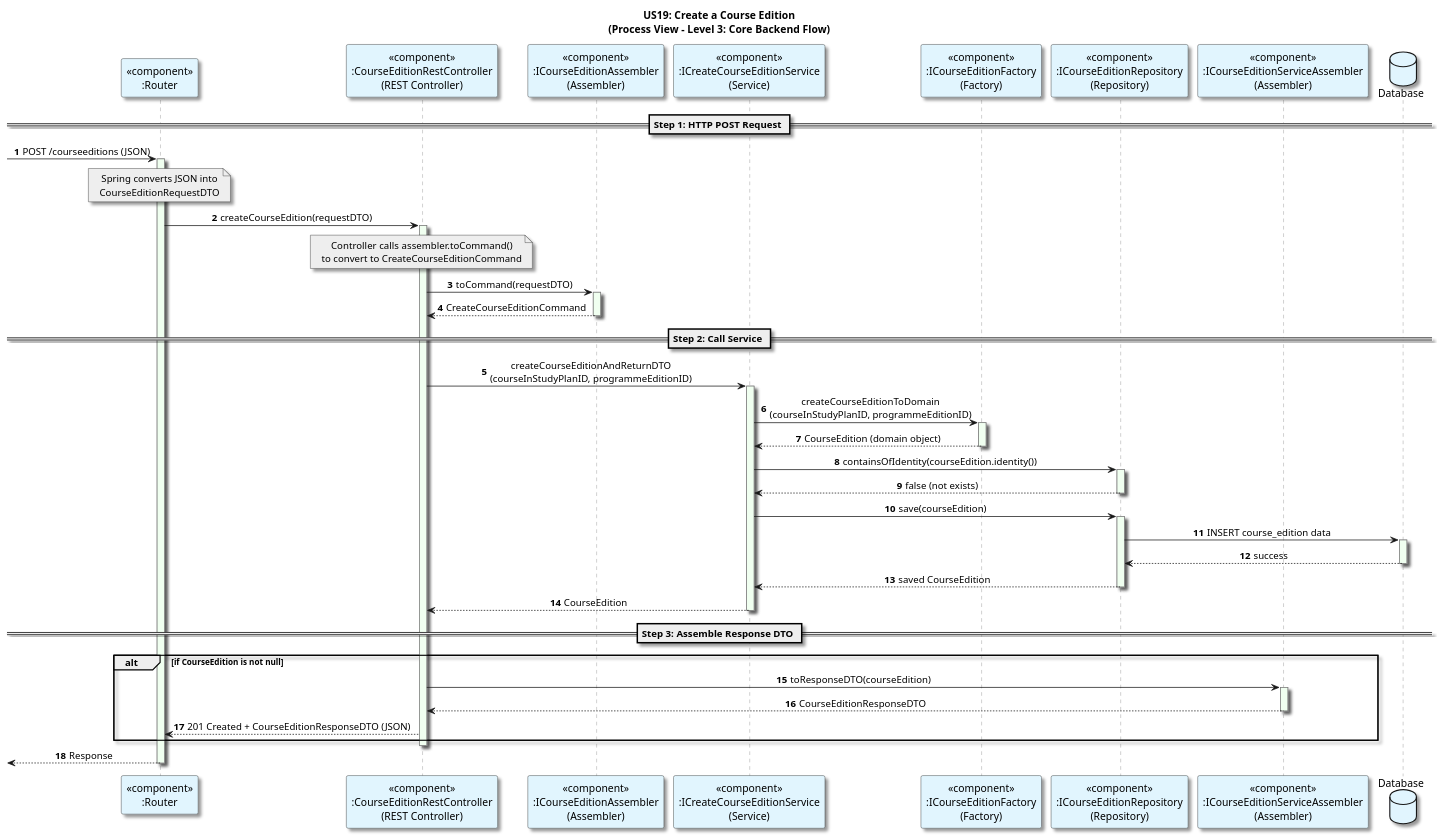
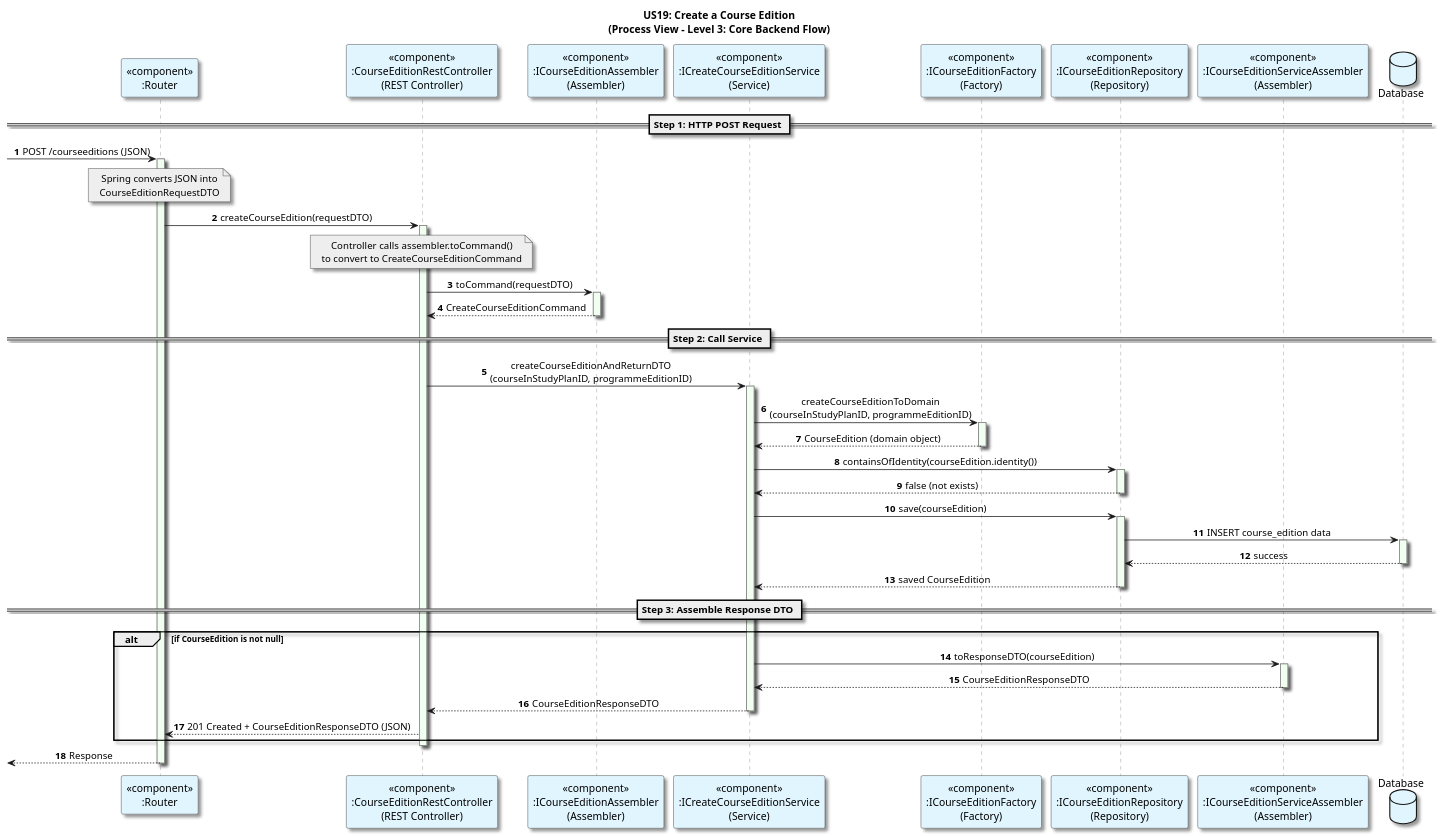
Before and after one commit to GasparISEP/DevOps-PAI: the diagram in docs/US19/Sprint6_RestAPI/ProcessView/CreateCourseEdition_ProcessView_Level3_Backend_Simplified.puml, drawn with PlantUML. The commit also changed 1 other file, not shown here.

Commit message:
docs(process-view level 3): fix domain-to-response DTO assembly location from controller to service in course edition creation flow (refs #536, #549)

```diff
--- a/docs/US19/Sprint6_RestAPI/ProcessView/CreateCourseEdition_ProcessView_Level3_Backend_Simplified.puml
+++ b/docs/US19/Sprint6_RestAPI/ProcessView/CreateCourseEdition_ProcessView_Level3_Backend_Simplified.puml
@@ -1,97 +1,96 @@
 @startuml
 title US19: Create a Course Edition\n(Process View - Level 3: Core Backend Flow)
 
 autonumber
 
 skinparam {
   ActivityPadding 2
   ActivityMargin 2
   BoxPadding 2
 }
 skinparam sequence {
     LifeLineBorderColor Grey
     LifeLineBackgroundColor HoneyDew
 }
 skinparam defaultTextAlignment center
 skinparam shadowing true
 
 participant "<<component>>\n:Router" as Router #E1F5FE
 participant "<<component>>\n:CourseEditionRestController\n(REST Controller)" as Controller #E1F5FE
 participant "<<component>>\n:ICourseEditionAssembler\n(Assembler)" as Assembler #E1F5FE
 participant "<<component>>\n:ICreateCourseEditionService\n(Service)" as Service #E1F5FE
 participant "<<component>>\n:ICourseEditionFactory\n(Factory)" as Factory #E1F5FE
 participant "<<component>>\n:ICourseEditionRepository\n(Repository)" as Repository #E1F5FE
 participant "<<component>>\n:ICourseEditionServiceAssembler\n(Assembler)" as SAssembler #E1F5FE
 database "Database" as DB #E1F5FE
 
 == Step 1: HTTP POST Request ==
 
 -> Router: POST /courseeditions (JSON)
 activate Router
 note over Router #EEEEEE
 Spring converts JSON into
 CourseEditionRequestDTO
 end note
 Router -> Controller: createCourseEdition(requestDTO)
 activate Controller
 
 note over Controller #EEEEEE
 Controller calls assembler.toCommand()
 to convert to CreateCourseEditionCommand
 end note
 
 Controller -> Assembler: toCommand(requestDTO)
 activate Assembler
 Assembler --> Controller: CreateCourseEditionCommand
 deactivate Assembler
 
 
 == Step 2: Call Service ==
 
 Controller -> Service: createCourseEditionAndReturnDTO\n(courseInStudyPlanID, programmeEditionID)
 activate Service
 
 
 Service -> Factory: createCourseEditionToDomain\n(courseInStudyPlanID, programmeEditionID)
 activate Factory
 
 Factory --> Service: CourseEdition (domain object)
 deactivate Factory
 
 Service -> Repository: containsOfIdentity(courseEdition.identity())
 activate Repository
 Repository --> Service: false (not exists)
 deactivate Repository
 
 Service -> Repository: save(courseEdition)
 activate Repository
 
 Repository -> DB: INSERT course_edition data
 activate DB
 DB --> Repository: success
 deactivate DB
 
 Repository --> Service: saved CourseEdition
 deactivate Repository
 
-Service --> Controller: CourseEdition
-deactivate Service
+
 
 == Step 3: Assemble Response DTO ==
 
 alt if CourseEdition is not null
-    Controller -> SAssembler: toResponseDTO(courseEdition)
+    Service -> SAssembler: toResponseDTO(courseEdition)
     activate SAssembler
-    SAssembler --> Controller: CourseEditionResponseDTO
+    SAssembler --> Service: CourseEditionResponseDTO
     deactivate SAssembler
-
+    Service --> Controller: CourseEditionResponseDTO
+    deactivate Service
     Controller --> Router: 201 Created + CourseEditionResponseDTO (JSON)
 
 end
 
 deactivate Controller
 
 <-- Router: Response
 deactivate Router
-
 @enduml
```
